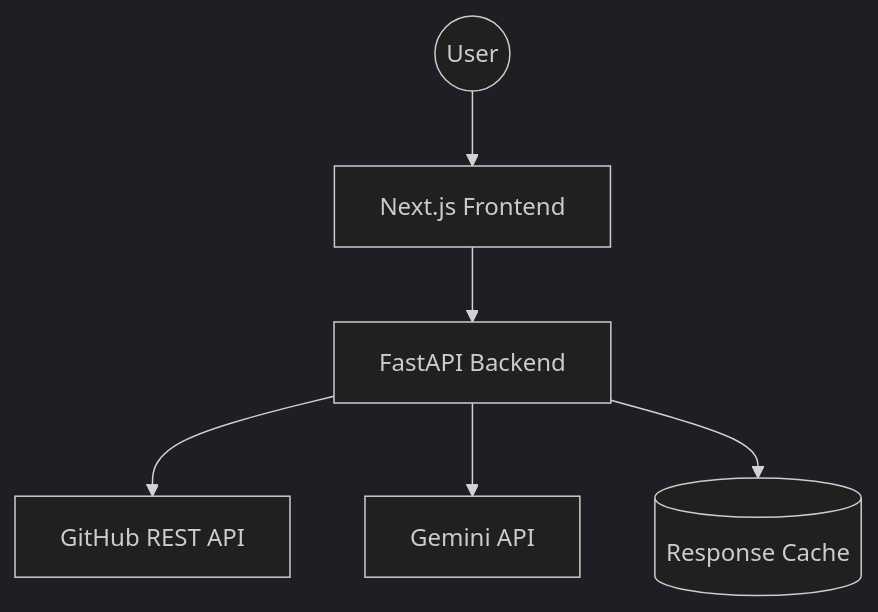
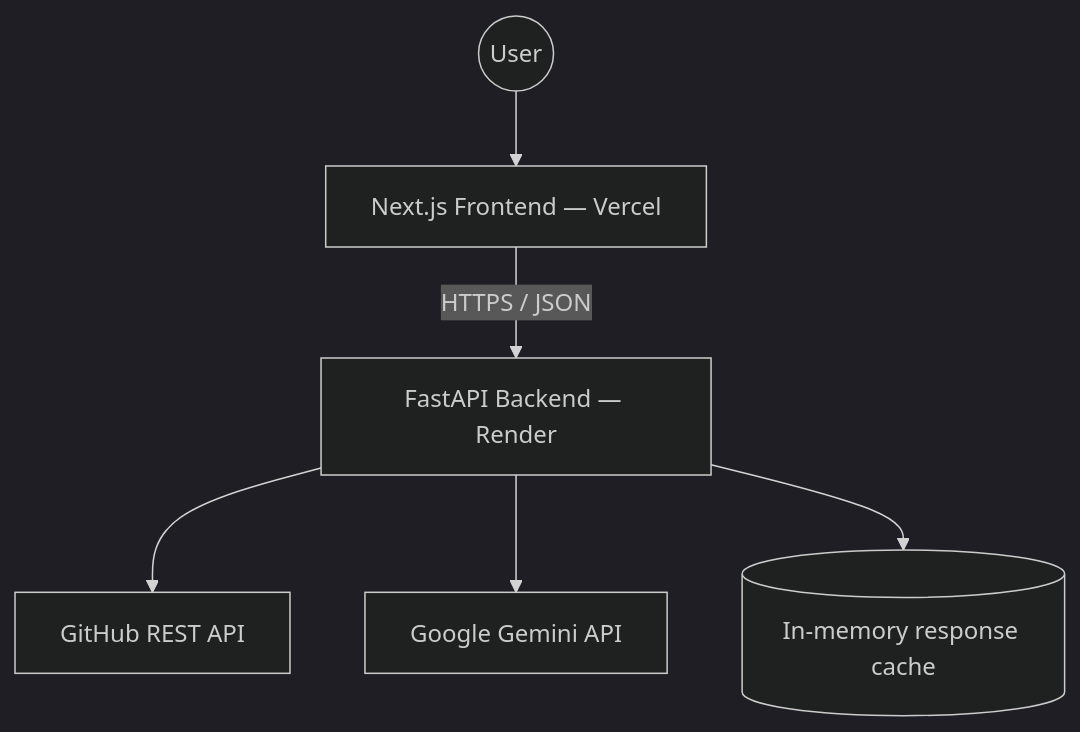
Before and after one commit to AboobakerSiddique/Github-Intelligence: the diagram in README.md, drawn with Mermaid (dark theme). The commit also changed other lines of this file and 1 other file, not shown here.

````diff
--- a/README.md
+++ b/README.md
@@ -16,8 +90,8 @@
 ```mermaid
 flowchart TD
-    User((User)) --> FE[Next.js Frontend]
-    FE --> BE[FastAPI Backend]
+    User((User)) --> FE[Next.js Frontend — Vercel]
+    FE -->|HTTPS / JSON| BE[FastAPI Backend — Render]
     BE --> GH[GitHub REST API]
-    BE --> AI[Gemini API]
-    BE --> Cache[(Response Cache)]
+    BE --> GEMINI[Google Gemini API]
+    BE --> CACHE[(In-memory response cache)]
 ```
````
